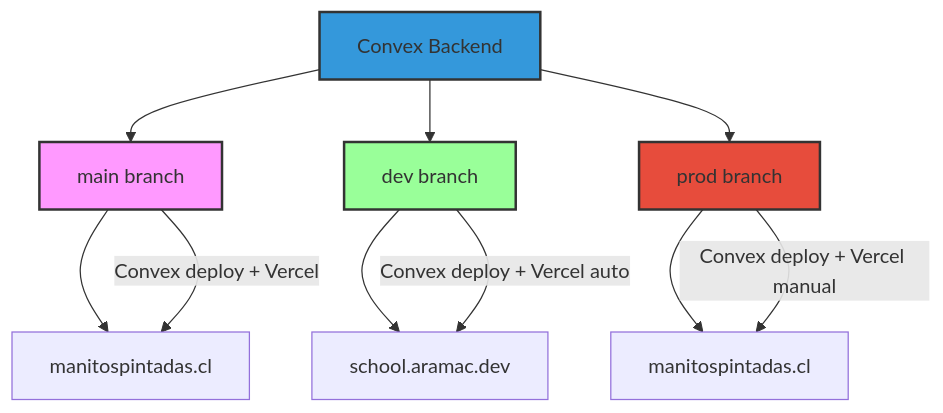
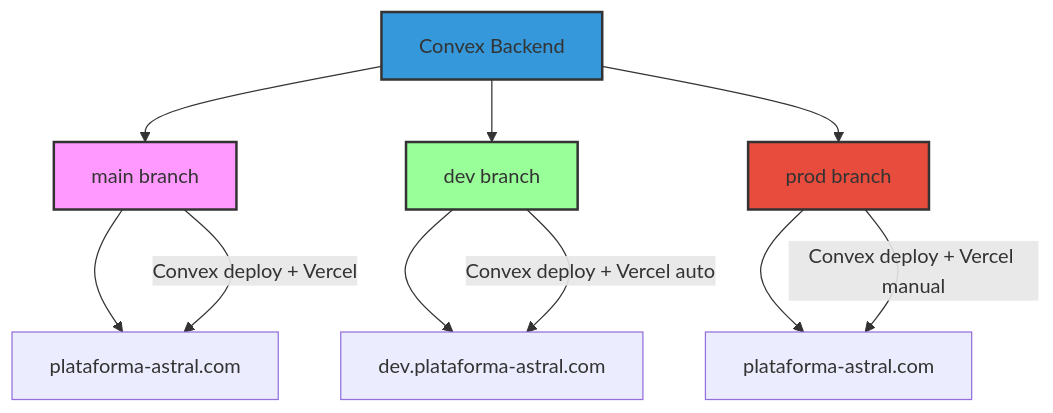
One commit to hinoki-ai/plataforma-DEV changed the first of 2 diagrams in DEPLOYMENT.md. Above: the diagram before and after it, drawn with Mermaid. The commit also changed other lines of this file and 117 other files, not shown here.

````diff
--- a/DEPLOYMENT.md
+++ b/DEPLOYMENT.md
@@ -7,19 +7,19 @@
 ```mermaid
 graph TB
-    A[main branch] --> B[manitospintadas.cl]
-    C[dev branch] --> D[school.aramac.dev]
-    E[prod branch] --> F[manitospintadas.cl]
+    A[main branch] --> B[plataforma-astral.com]
+    C[dev branch] --> D[dev.plataforma-astral.com]
+    E[prod branch] --> F[plataforma-astral.com]
 
     A --> |Convex deploy + Vercel| B
     C --> |Convex deploy + Vercel auto| D
     E --> |Convex deploy + Vercel manual| F
 
     G[Convex Backend] --> A
     G --> C
     G --> E
 
     style A fill:#f9f,stroke:#333,stroke-width:2px
     style C fill:#9f9,stroke:#333,stroke-width:2px
     style E fill:#e74c3c,stroke:#333,stroke-width:2px
     style G fill:#3498db,stroke:#333,stroke-width:2px
 ```
````
